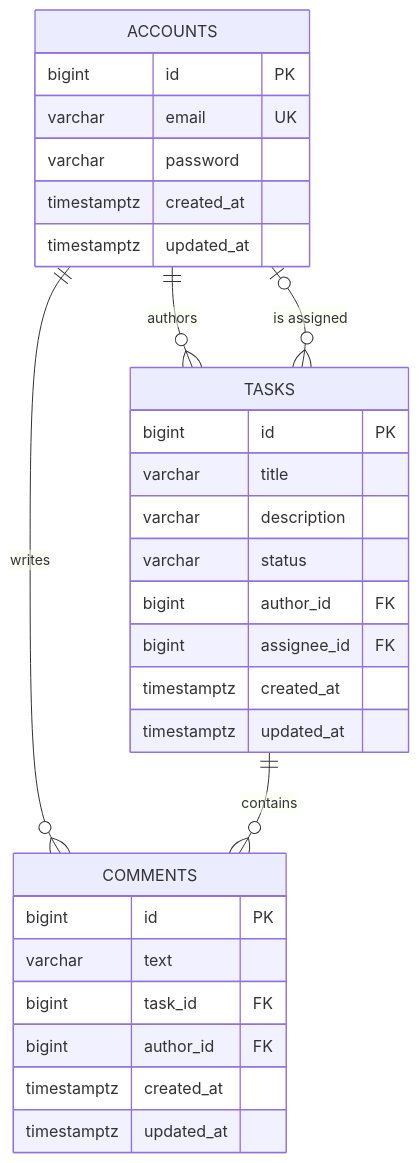
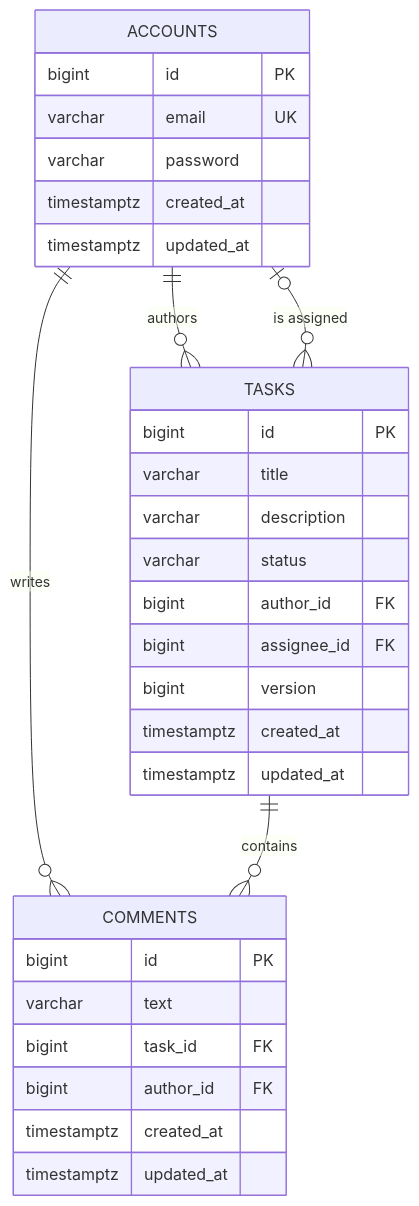
The second of 3 diagrams in README.md (adhambatlouni/task-management-system), drawn with Mermaid before and after one commit. The commit also changed other lines of this file and 12 other files, not shown here.

````diff
--- a/README.md
+++ b/README.md
@@ -250,35 +269,36 @@
 ```mermaid
 erDiagram
     ACCOUNTS ||--o{ TASKS : authors
     ACCOUNTS o|--o{ TASKS : "is assigned"
     ACCOUNTS ||--o{ COMMENTS : writes
     TASKS ||--o{ COMMENTS : contains
 
     ACCOUNTS {
         bigint id PK
         varchar email UK
         varchar password
         timestamptz created_at
         timestamptz updated_at
     }
 
     TASKS {
         bigint id PK
         varchar title
         varchar description
         varchar status
         bigint author_id FK
         bigint assignee_id FK
+        bigint version
         timestamptz created_at
         timestamptz updated_at
     }
 
     COMMENTS {
         bigint id PK
         varchar text
         bigint task_id FK
         bigint author_id FK
         timestamptz created_at
         timestamptz updated_at
     }
 ```
````
